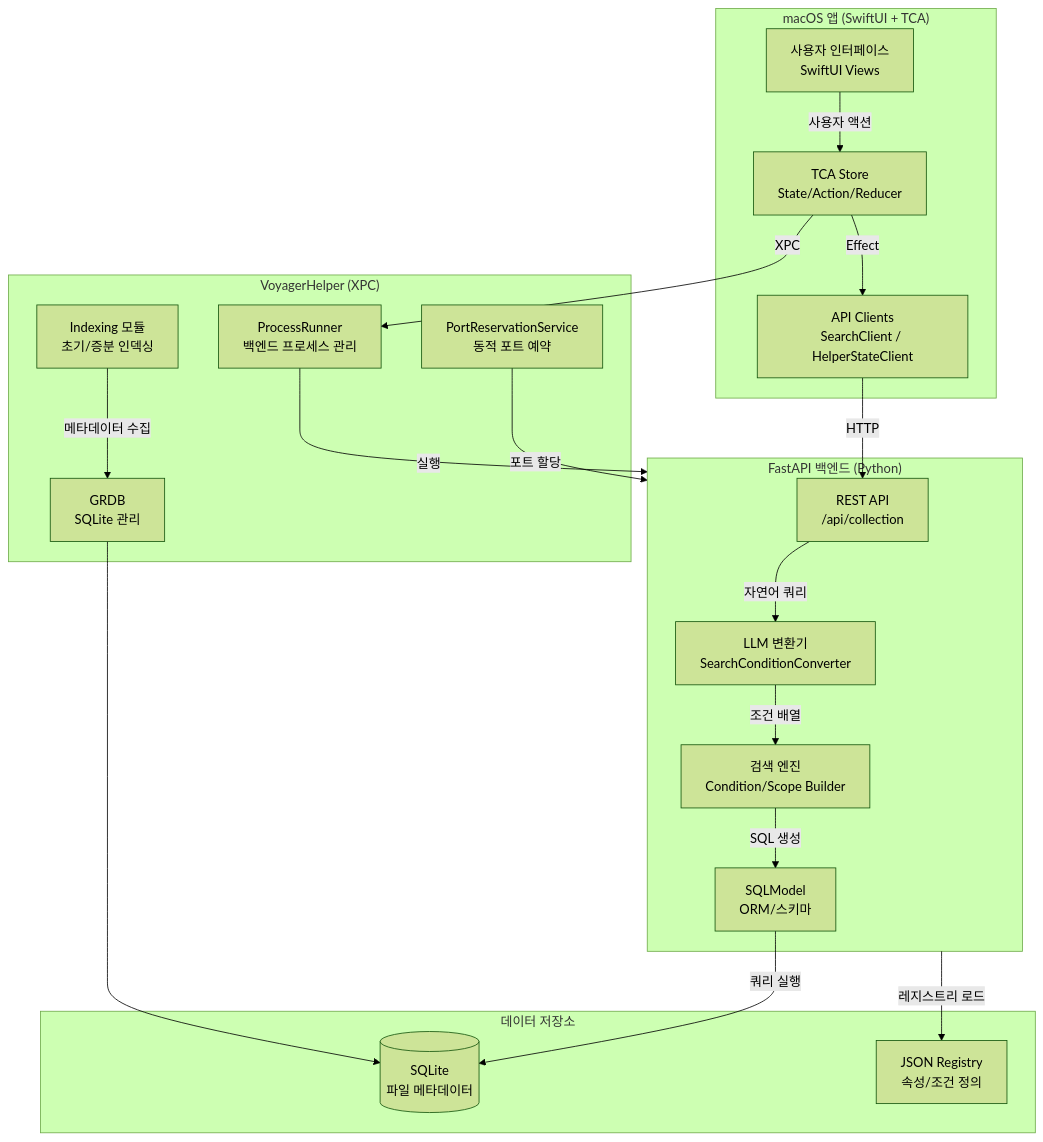
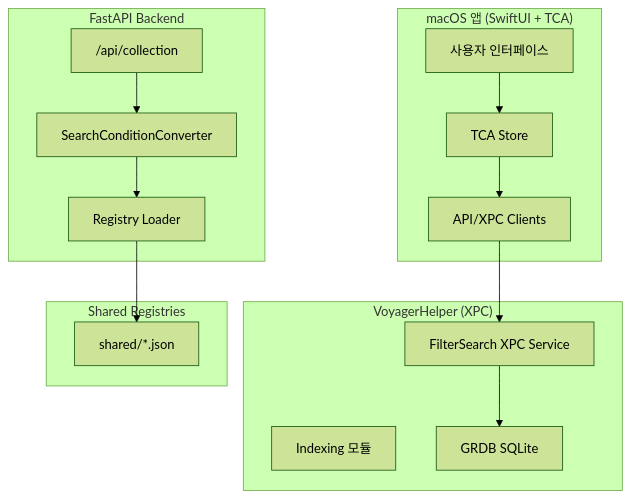
One commit to voyager-labs/VoyagerSwiftACP changed the first of 2 diagrams in docs/architecture/overview.md. Above: the diagram before and after it, drawn with Mermaid (forest theme). The commit also changed other lines of this file and 12 other files, not shown here.

````diff
--- a/docs/architecture/overview.md
+++ b/docs/architecture/overview.md
@@ -7,45 +10,32 @@
 ```mermaid
 flowchart TB
     subgraph macOS["macOS 앱 (SwiftUI + TCA)"]
-        UI["사용자 인터페이스<br/>SwiftUI Views"]
-        TCA["TCA Store<br/>State/Action/Reducer"]
-        Clients["API Clients<br/>SearchClient / HelperStateClient"]
+        UI["사용자 인터페이스"]
+        TCA["TCA Store"]
+        Clients["API/XPC Clients"]
     end
 
     subgraph Helper["VoyagerHelper (XPC)"]
-        ProcessRunner["ProcessRunner<br/>백엔드 프로세스 관리"]
-        PortReservation["PortReservationService<br/>동적 포트 예약"]
-        Indexing["Indexing 모듈<br/>초기/증분 인덱싱"]
-        DB["GRDB<br/>SQLite 관리"]
+        Indexing["Indexing 모듈"]
+        HelperDB["GRDB SQLite"]
+        XPC["FilterSearch XPC Service"]
     end
 
-    subgraph Backend["FastAPI 백엔드 (Python)"]
-        API["REST API<br/>/api/collection"]
-        LLM["LLM 변환기<br/>SearchConditionConverter"]
-        SearchEngine["검색 엔진<br/>Condition/Scope Builder"]
-        SQLModel["SQLModel<br/>ORM/스키마"]
-    end
-    
-    subgraph Storage["데이터 저장소"]
-        SQLite[("SQLite<br/>파일 메타데이터")]
-        Registry["JSON Registry<br/>속성/조건 정의"]
+    subgraph Backend["FastAPI Backend"]
+        API["/api/collection"]
+        LLM["SearchConditionConverter"]
+        RegistryLoader["Registry Loader"]
     end
 
-    UI -->|"사용자 액션"| TCA
-    TCA -->|"Effect"| Clients
-    Clients -->|"HTTP"| API
-    
-    TCA -->|"XPC"| ProcessRunner
-    ProcessRunner -->|"실행"| Backend
-    PortReservation -->|"포트 할당"| Backend
-    
-    Indexing -->|"메타데이터 수집"| DB
-    DB --> SQLite
-    
-    API -->|"자연어 쿼리"| LLM
-    LLM -->|"조건 배열"| SearchEngine
-    SearchEngine -->|"SQL 생성"| SQLModel
-    SQLModel -->|"쿼리 실행"| SQLite
-    
-    Backend -->|"레지스트리 로드"| Registry
+    subgraph Shared["Shared Registries"]
+        Registry["shared/*.json"]
+    end
+
+    UI --> TCA
+    TCA --> Clients
+    Clients --> XPC
+    XPC --> HelperDB
+    API --> LLM
+    LLM --> RegistryLoader
+    RegistryLoader --> Registry
 ```
````
